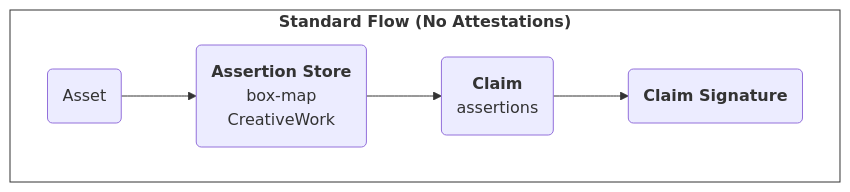
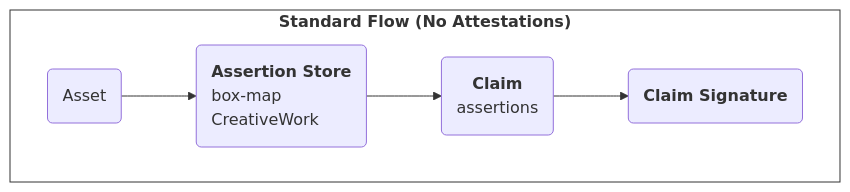
One commit to yogeshbdeshpande/c2pa-attestation changed the second of 5 diagrams in attestation-design.md. Above: the diagram before and after it, drawn with Mermaid. The commit also changed other lines of this file and 1 other file, not shown here.

````diff
--- a/attestation-design.md
+++ b/attestation-design.md
@@ -53,9 +53,9 @@
 ``` mermaid
 graph LR;
     subgraph NOSHADED[<b>Standard Flow &#40No Attestations&#41</b>]
     direction LR 
-    id1(Asset) --> id2(<b>Assertion Store</b><p align=left></p>box-map<p>CreativeWork) --> id3(<b>Claim</b><p>assertions) --> id4(<b>Claim Signature</b>)
+    id1(Asset) --> id2(<b>Assertion Store</b><p><p align=left>box-map</p><p align=left>CreativeWork) --> id3(<b>Claim</b><p>assertions) --> id4(<b>Claim Signature</b>)
     end
 
     style NOSHADED fill:#ffffff,stroke:#333,stroke-width:1px
 ```
````
